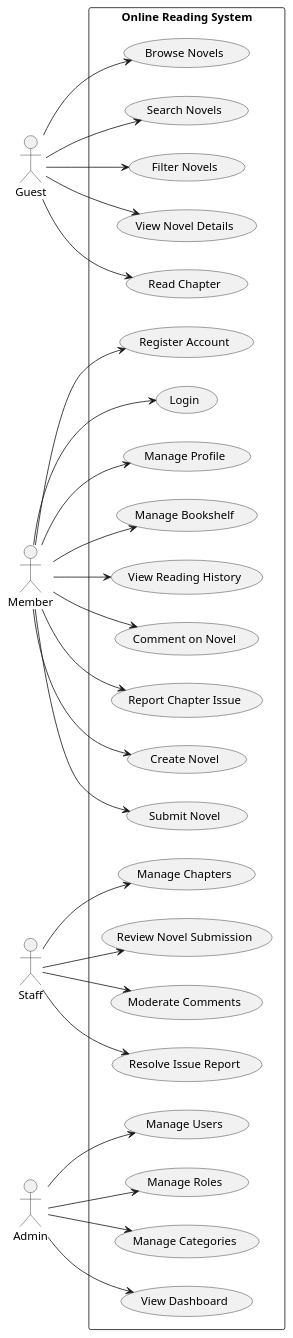
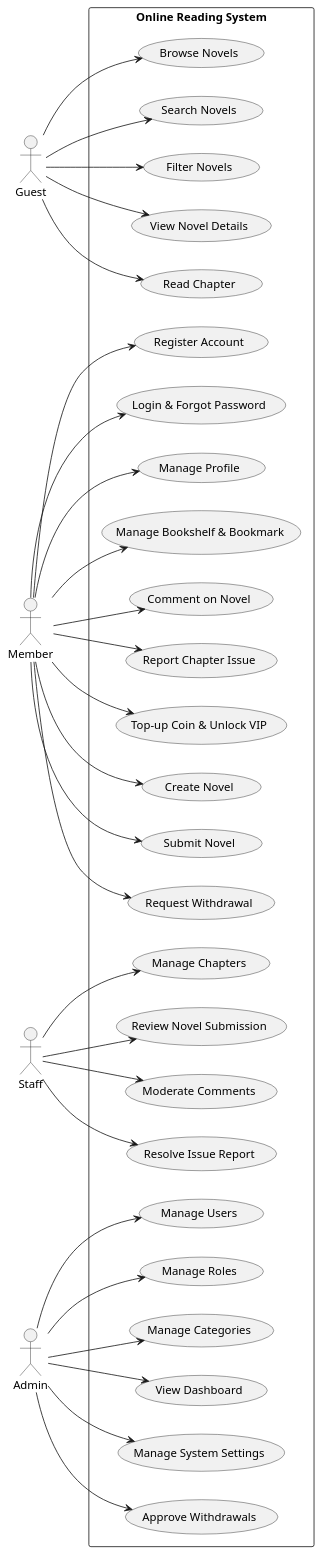
One commit to Phuoctai228/tram-truyen changed the diagram in docs/Plan/SWP391 Project Specification – Trạm Truyện.md. Above: the diagram before and after it, drawn with PlantUML. The commit also changed other lines of this file and 5 other files, not shown here.

Commit message:
feat: initialize database schema, seed data, and project documentation for Trạm Truyện

````diff
--- a/docs/Plan/SWP391 Project Specification – Trạm Truyện.md
+++ b/docs/Plan/SWP391 Project Specification – Trạm Truyện.md
@@ -505,67 +528,73 @@
 ```plantuml
 @startuml
 
 left to right direction
 
 actor Guest
 actor Member
 actor Staff
 actor Admin
 
 rectangle "Online Reading System" {
 
   usecase "Browse Novels" as UC01
   usecase "Search Novels" as UC02
   usecase "Filter Novels" as UC03
   usecase "View Novel Details" as UC04
   usecase "Read Chapter" as UC05
 
   usecase "Register Account" as UC06
-  usecase "Login" as UC07
+  usecase "Login & Forgot Password" as UC07
   usecase "Manage Profile" as UC08
-  usecase "Manage Bookshelf" as UC09
-  usecase "View Reading History" as UC10
-  usecase "Comment on Novel" as UC11
-  usecase "Report Chapter Issue" as UC12
+  usecase "Manage Bookshelf & Bookmark" as UC09
+  usecase "Comment on Novel" as UC10
+  usecase "Report Chapter Issue" as UC11
+  usecase "Top-up Coin & Unlock VIP" as UC12
   usecase "Create Novel" as UC13
   usecase "Submit Novel" as UC14
+  usecase "Request Withdrawal" as UC14c
 
   usecase "Manage Chapters" as UC15
   usecase "Review Novel Submission" as UC16
   usecase "Moderate Comments" as UC17
   usecase "Resolve Issue Report" as UC18
 
   usecase "Manage Users" as UC19
   usecase "Manage Roles" as UC20
   usecase "Manage Categories" as UC21
   usecase "View Dashboard" as UC22
+  usecase "Manage System Settings" as UC23
+  usecase "Approve Withdrawals" as UC24
 }
 
 Guest --> UC01
 Guest --> UC02
 Guest --> UC03
 Guest --> UC04
 Guest --> UC05
 
 Member --> UC06
 Member --> UC07
 Member --> UC08
 Member --> UC09
 Member --> UC10
 Member --> UC11
 Member --> UC12
 Member --> UC13
 Member --> UC14
+Member --> UC14c
 
 Staff --> UC15
 Staff --> UC16
 Staff --> UC17
 Staff --> UC18
 
 Admin --> UC19
 Admin --> UC20
 Admin --> UC21
 Admin --> UC22
+Admin --> UC23
+Admin --> UC24
 
 @enduml
 ```
````
